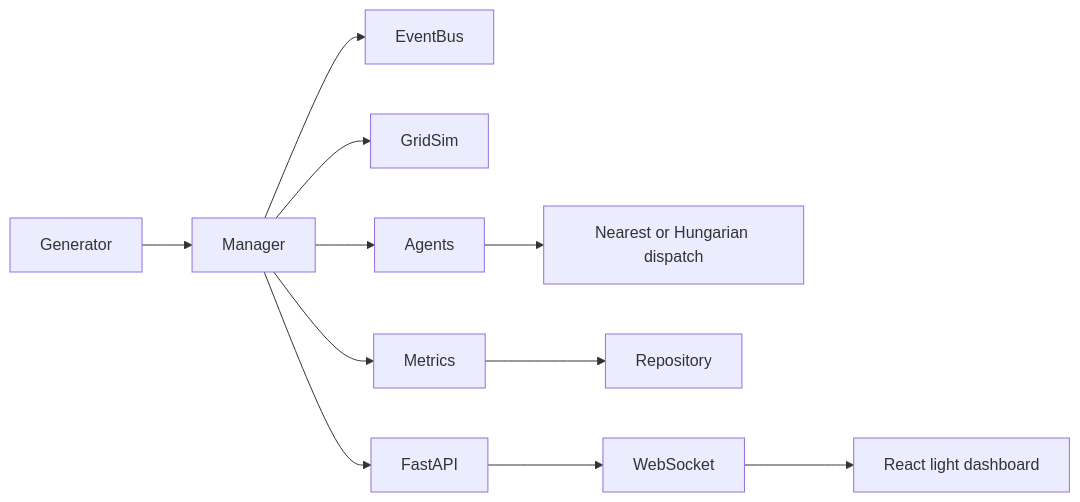
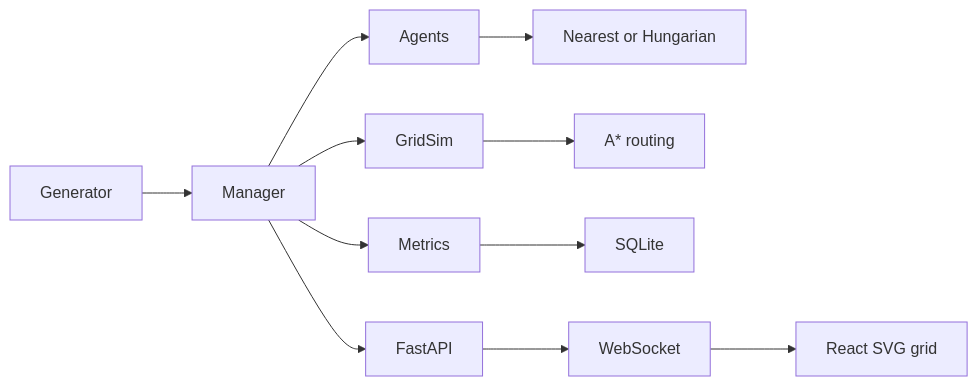
One commit to om-bagade2007/Multi-Agent_EDI changed the diagram in README.md. Above: the diagram before and after it, drawn with Mermaid. The commit also changed other lines of this file and 7 other files, not shown here.

````diff
--- a/README.md
+++ b/README.md
@@ -5,9 +107,8 @@
 ```mermaid
 flowchart LR
-  Generator --> Manager --> EventBus
-  Manager --> GridSim
-  Manager --> Agents
-  Agents --> Strategy[Nearest or Hungarian dispatch]
-  Manager --> Metrics --> Repository
-  Manager --> FastAPI --> WebSocket --> Dashboard[React light dashboard]
+  Generator --> Manager --> GridSim
+  Manager --> Agents --> Dispatch[Nearest or Hungarian]
+  GridSim --> Routes[A* routing]
+  Manager --> Metrics --> SQLite
+  Manager --> FastAPI --> WebSocket --> Dashboard[React SVG grid]
 ```
````
